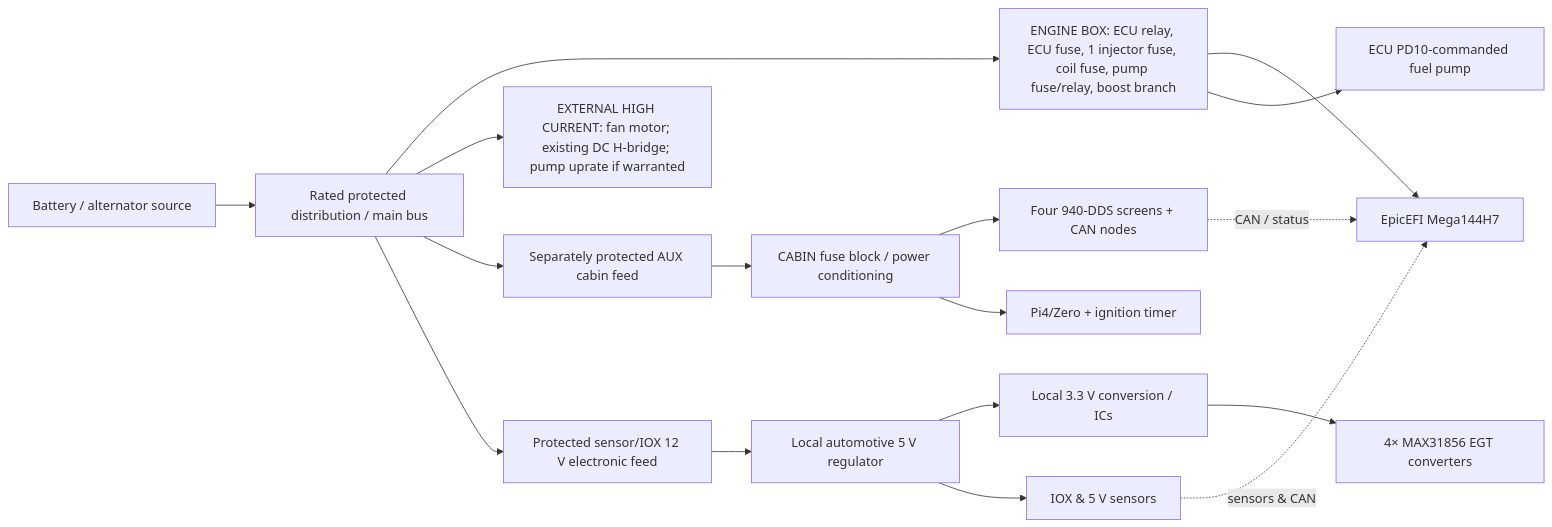
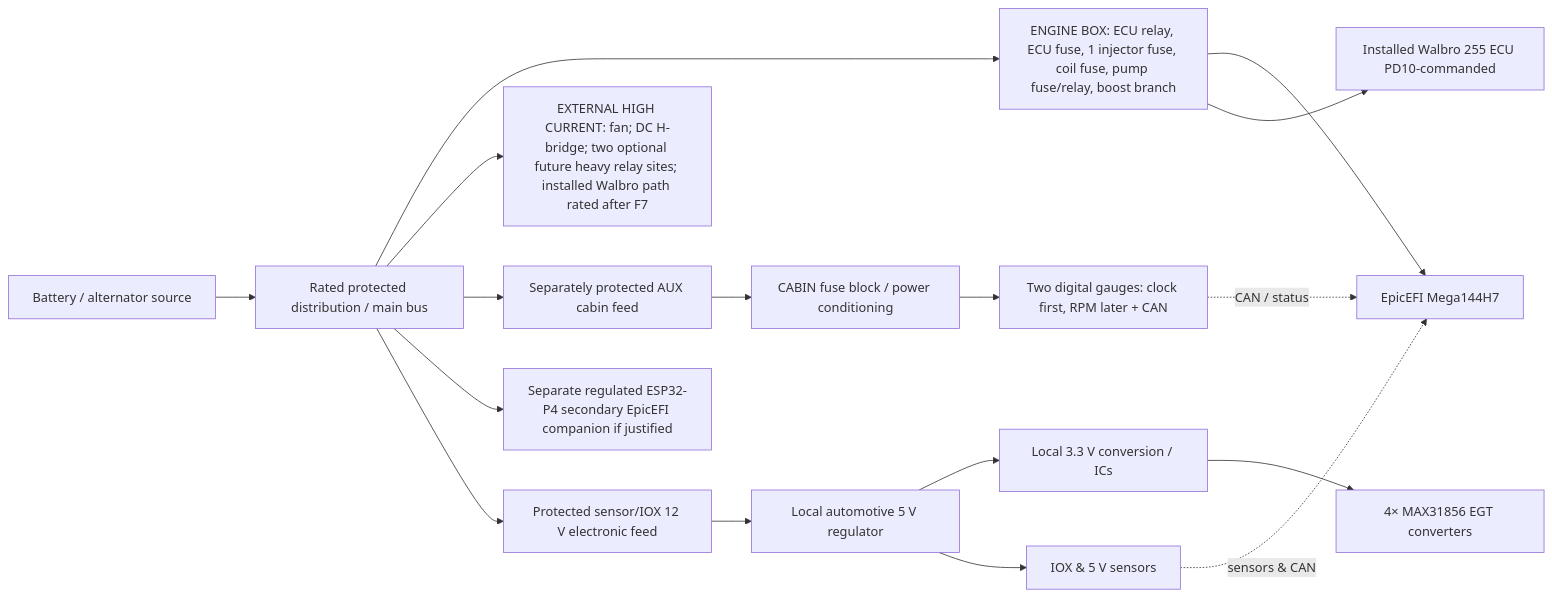
One commit to PJawZK/Relay-and-Fuse-box changed the diagram in docs/POWER_DISTRIBUTION_EXPANSION_CAPACITY.md. Above: the diagram before and after it, drawn with Mermaid. The commit also changed other lines of this file, not shown here.

Commit message:
docs: narrow current and future feed inventory after latest vehicle confirmations

````diff
--- a/docs/POWER_DISTRIBUTION_EXPANSION_CAPACITY.md
+++ b/docs/POWER_DISTRIBUTION_EXPANSION_CAPACITY.md
@@ -16,19 +16,19 @@
 ```mermaid
 flowchart LR
     BAT[Battery / alternator source] --> MAIN[Rated protected distribution / main bus]
     MAIN --> ENGINE[ENGINE BOX: ECU relay, ECU fuse, 1 injector fuse, coil fuse, pump fuse/relay, boost branch]
-    MAIN --> HEAVY[EXTERNAL HIGH CURRENT: fan motor; existing DC H-bridge; pump uprate if warranted]
+    MAIN --> HEAVY[EXTERNAL HIGH CURRENT: fan; DC H-bridge; two optional future heavy relay sites; installed Walbro path rated after F7]
     MAIN --> AUX[Separately protected AUX cabin feed]
     ENGINE --> ECU[EpicEFI Mega144H7]
-    ENGINE --> PUMP[ECU PD10-commanded fuel pump]
+    ENGINE --> PUMP[Installed Walbro 255 ECU PD10-commanded]
     AUX --> CABIN[CABIN fuse block / power conditioning]
-    CABIN --> DISP[Four 940-DDS screens + CAN nodes]
-    CABIN --> LOGGER[Pi4/Zero + ignition timer]
+    CABIN --> DISP[Two digital gauges: clock first, RPM later + CAN]
+    MAIN --> P4[Separate regulated ESP32-P4 secondary EpicEFI companion if justified]
     MAIN --> SENS_AUX[Protected sensor/IOX 12 V electronic feed]
     SENS_AUX --> DC5[Local automotive 5 V regulator]
     DC5 --> DC33[Local 3.3 V conversion / ICs]
     DC5 --> IOX[IOX & 5 V sensors]
     DC33 --> EGT[4× MAX31856 EGT converters]
     IOX -. sensors & CAN .-> ECU
     DISP -. CAN / status .-> ECU
 ```
````
